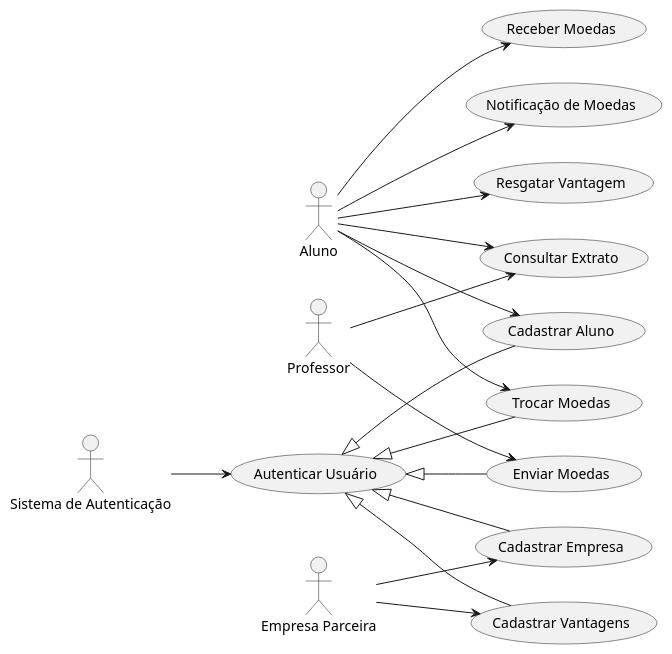
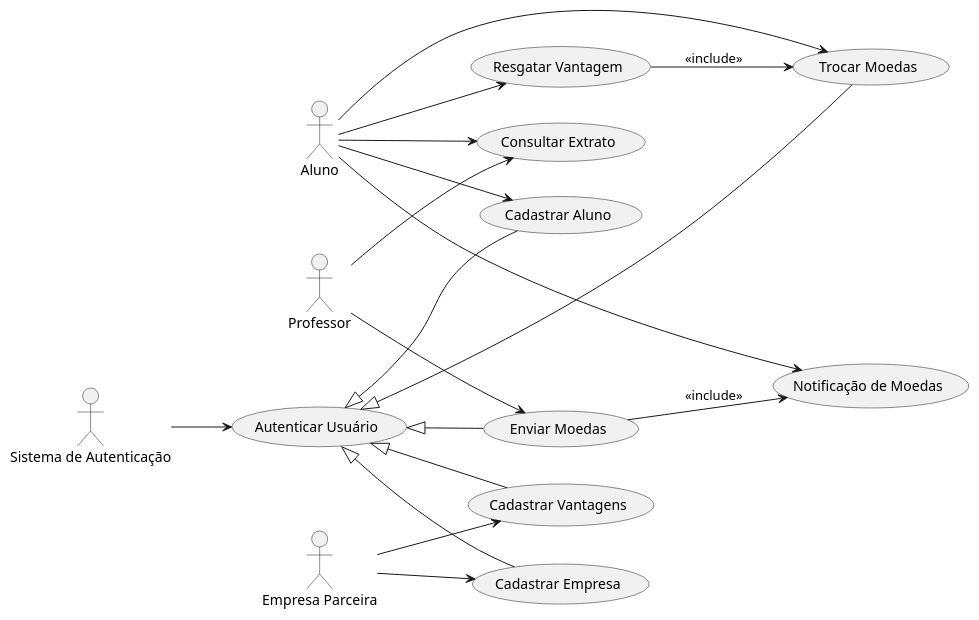
One commit to rubensm33/LabDevSoftware3 changed the diagram in Projeto/Diagrama de caso de uso.plantuml. Above: the diagram before and after it, drawn with PlantUML. The commit also changed 4 other files, not shown here.

Commit message:
correção e implementação novos diagramas #1 #2

```diff
--- a/Projeto/Diagrama de caso de uso.plantuml
+++ b/Projeto/Diagrama de caso de uso.plantuml
@@ -1,37 +1,38 @@
 @startuml
 left to right direction
 
 actor "Aluno" as aluno
 actor "Professor" as professor
 actor "Empresa Parceira" as empresa
 actor "Sistema de Autenticação" as auth
 
 usecase "Cadastrar Aluno" as UC01
 usecase "Consultar Extrato" as UC02
-usecase "Receber Moedas" as UC03
 usecase "Trocar Moedas" as UC04
 usecase "Notificação de Moedas" as UC05
 usecase "Cadastrar Vantagens" as UC06
 usecase "Resgatar Vantagem" as UC07
 usecase "Enviar Moedas" as UC08
 usecase "Cadastrar Empresa" as UC09
 usecase "Autenticar Usuário" as UC10
 
 aluno --> UC01
 aluno --> UC02
-aluno --> UC03
 aluno --> UC04
 aluno --> UC05
 aluno --> UC07
 professor --> UC02
 professor --> UC08
 empresa --> UC06
 empresa --> UC09
 UC10 <|-- UC01
 UC10 <|-- UC08
 UC10 <|-- UC04
 UC10 <|-- UC06
 UC10 <|-- UC09
 auth --> UC10
 
+UC08 --> UC05 : <<include>>
+UC07 --> UC04 : <<include>>
+
 @enduml
```
